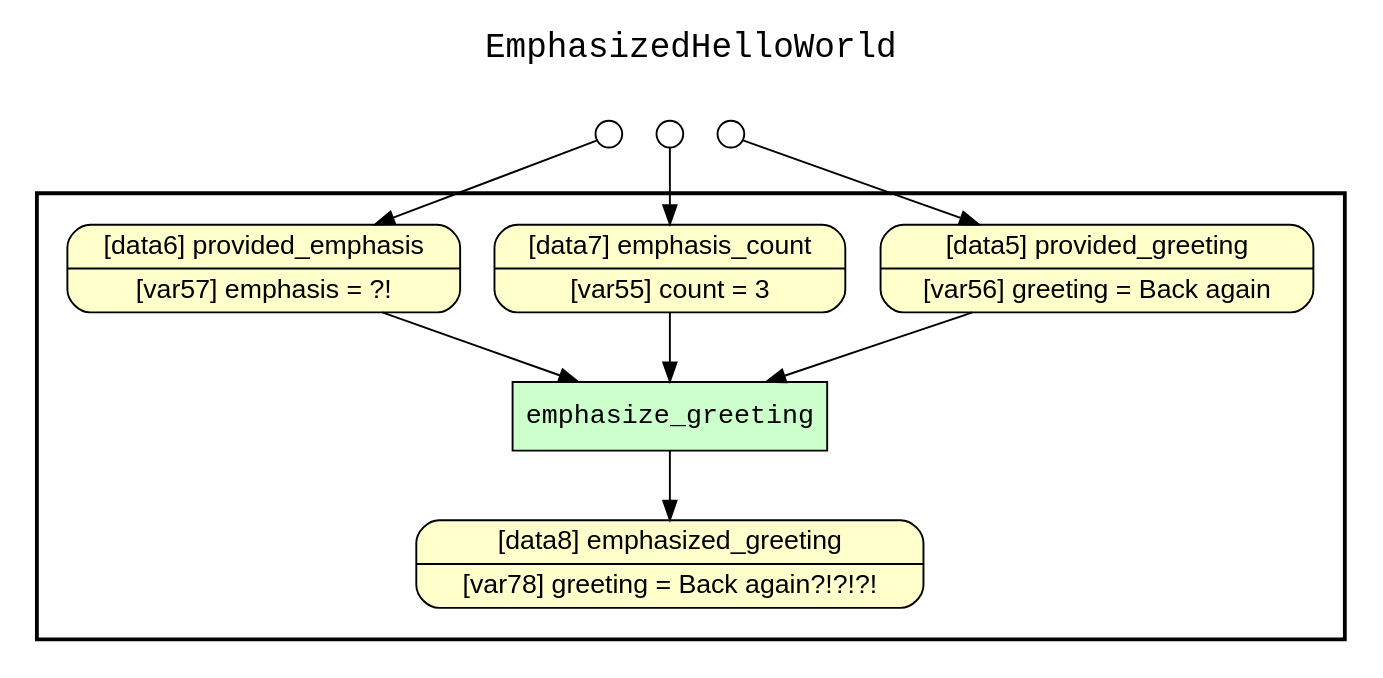
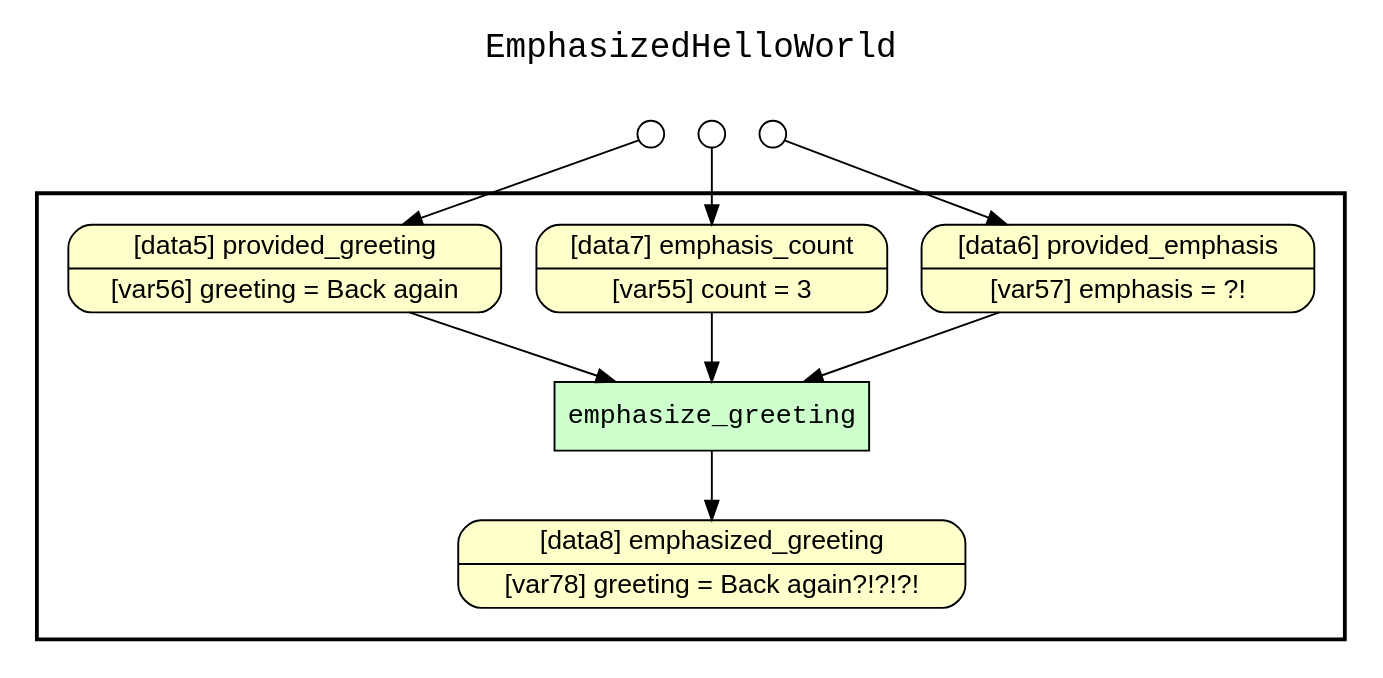
The diagram in examples/05_emphasis_function/yw_nw_retrospective_lineage.gv (yesworkflow-org/yw-noworkflow), drawn with Graphviz before and after one commit. The commit also changed other lines of this file and 23 other files, not shown here.

```diff
--- a/examples/05_emphasis_function/yw_nw_retrospective_lineage.gv
+++ b/examples/05_emphasis_function/yw_nw_retrospective_lineage.gv
@@ -1,35 +1,35 @@
 
 digraph yw_data_view {
 rankdir=TB
 fontname=Courier; fontsize=18; labelloc=t
 label="EmphasizedHelloWorld"
 subgraph cluster_workflow { label=""; color=black; penwidth=2
 subgraph cluster_workflow_inner { label=""; color=white
 node[shape=box style="filled" fillcolor="#CCFFCC" peripheries=1 fontname=Courier]
 emphasize_greeting
 node[shape=box style="filled" fillcolor="#CCFFCC" peripheries=1 fontname=Courier]
 node[shape=box style="rounded,filled" fillcolor="#FFFFCC" peripheries=1 fontname=Helvetica]
 emphasized_greeting [shape=record rankdir=LR label="{<f0> [data8] emphasized_greeting |<f1> [var78] greeting = Back again?!?!?!}"]
+provided_emphasis [shape=record rankdir=LR label="{<f0> [data6] provided_emphasis |<f1> [var57] emphasis = ?!}"]
+emphasis_count [shape=record rankdir=LR label="{<f0> [data7] emphasis_count |<f1> [var55] count = 3}"]
 provided_greeting [shape=record rankdir=LR label="{<f0> [data5] provided_greeting |<f1> [var56] greeting = Back again}"]
-emphasis_count [shape=record rankdir=LR label="{<f0> [data7] emphasis_count |<f1> [var55] count = 3}"]
-provided_emphasis [shape=record rankdir=LR label="{<f0> [data6] provided_emphasis |<f1> [var57] emphasis = ?!}"]
 }}
 subgraph cluster_inflows { label=""; color=white; penwidth=2
 subgraph cluster_inflows_inner { label=""; color=white
 node[shape=circle fillcolor="#FFFFFF" peripheries=1 width=0.2]
 provided_greeting_inflow [label=""]
 provided_emphasis_inflow [label=""]
 emphasis_count_inflow [label=""]
 }}
 subgraph cluster_outflows { label=""; color=white; penwidth=2
 subgraph cluster_outflows_inner { label=""; color=white
 node[shape=circle fillcolor="#FFFFFF" peripheries=1 width=0.2]
 }}
 emphasis_count -> emphasize_greeting
 provided_emphasis -> emphasize_greeting
 provided_greeting -> emphasize_greeting
 emphasize_greeting -> emphasized_greeting
 provided_greeting_inflow -> provided_greeting
 provided_emphasis_inflow -> provided_emphasis
 emphasis_count_inflow -> emphasis_count
 }
```
